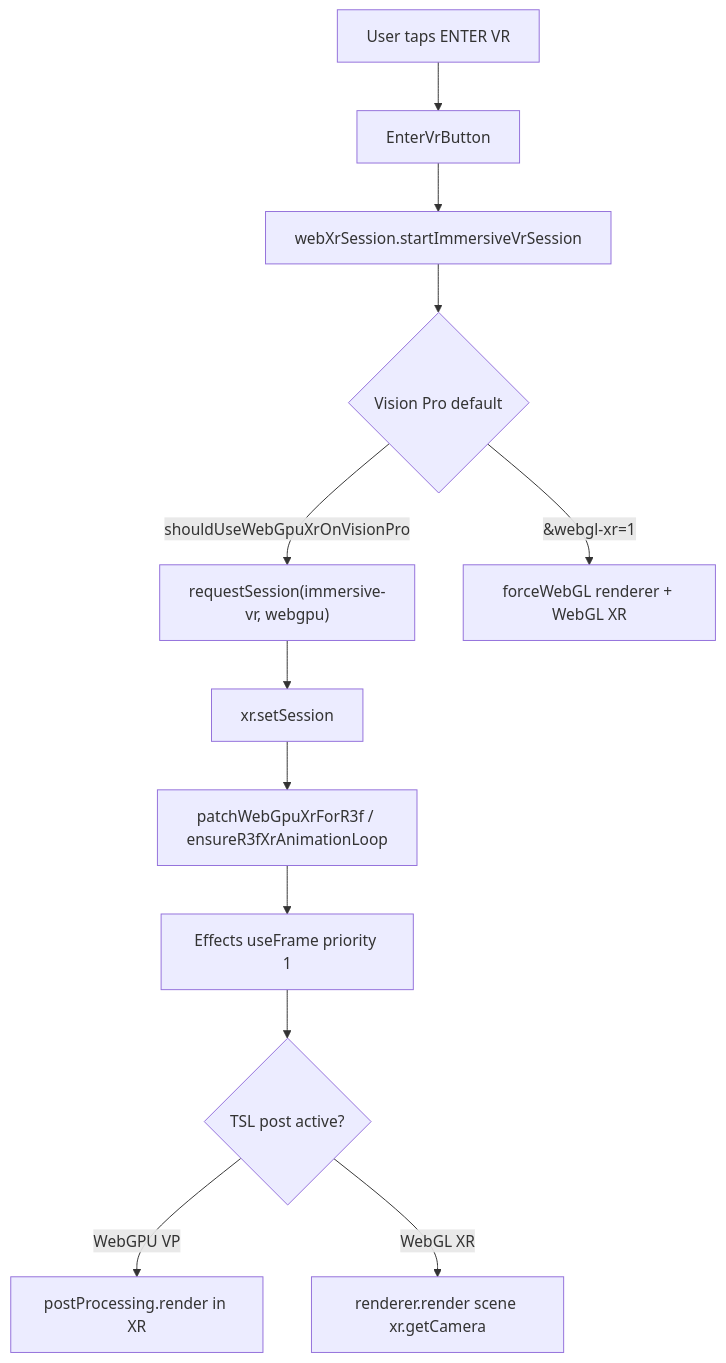
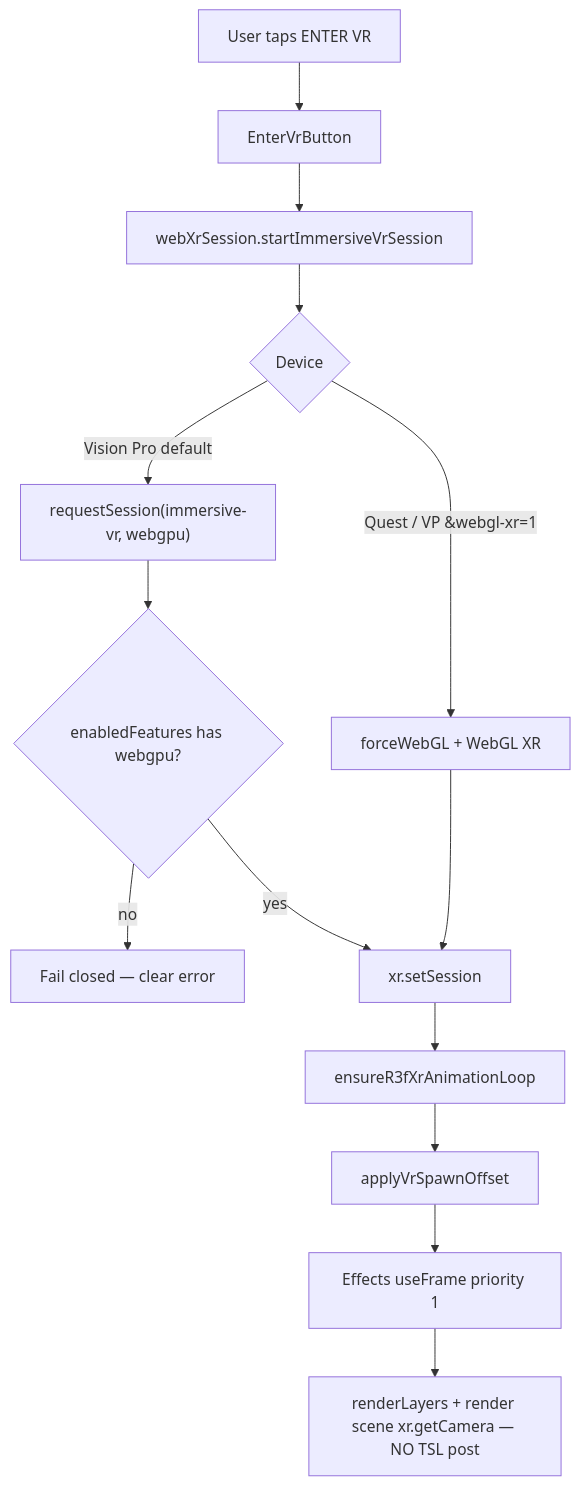
The diagram in docs/VR_VISION_PRO_AUDIT.md (jqsirls/false-earth), drawn with Mermaid before and after one commit. The commit also changed other lines of this file and 8 other files, not shown here.

First line of the commit message:
fix(vr): stabilize Vision Pro WebGPU XR and Quest WebGL path

````diff
--- a/docs/VR_VISION_PRO_AUDIT.md
+++ b/docs/VR_VISION_PRO_AUDIT.md
@@ -32,14 +33,16 @@
 ```mermaid
 flowchart TD
   A[User taps ENTER VR] --> B[EnterVrButton]
   B --> C[webXrSession.startImmersiveVrSession]
-  C --> D{Vision Pro default}
-  D -->|shouldUseWebGpuXrOnVisionPro| E["requestSession(immersive-vr, webgpu)"]
-  D -->|&webgl-xr=1| F["forceWebGL renderer + WebGL XR"]
-  E --> G[xr.setSession]
-  G --> H[patchWebGpuXrForR3f / ensureR3fXrAnimationLoop]
-  H --> I[Effects useFrame priority 1]
-  I --> J{TSL post active?}
-  J -->|WebGPU VP| K[postProcessing.render in XR]
-  J -->|WebGL XR| L[renderer.render scene xr.getCamera]
+  C --> D{Device}
+  D -->|Vision Pro default| E["requestSession(immersive-vr, webgpu)"]
+  D -->|Quest / VP &webgl-xr=1| F["forceWebGL + WebGL XR"]
+  E --> G{enabledFeatures has webgpu?}
+  G -->|no| X[Fail closed — clear error]
+  G -->|yes| H[xr.setSession]
+  F --> H
+  H --> I[ensureR3fXrAnimationLoop]
+  I --> J[applyVrSpawnOffset]
+  J --> K[Effects useFrame priority 1]
+  K --> L["renderLayers + render scene xr.getCamera — NO TSL post"]
 ```
````
